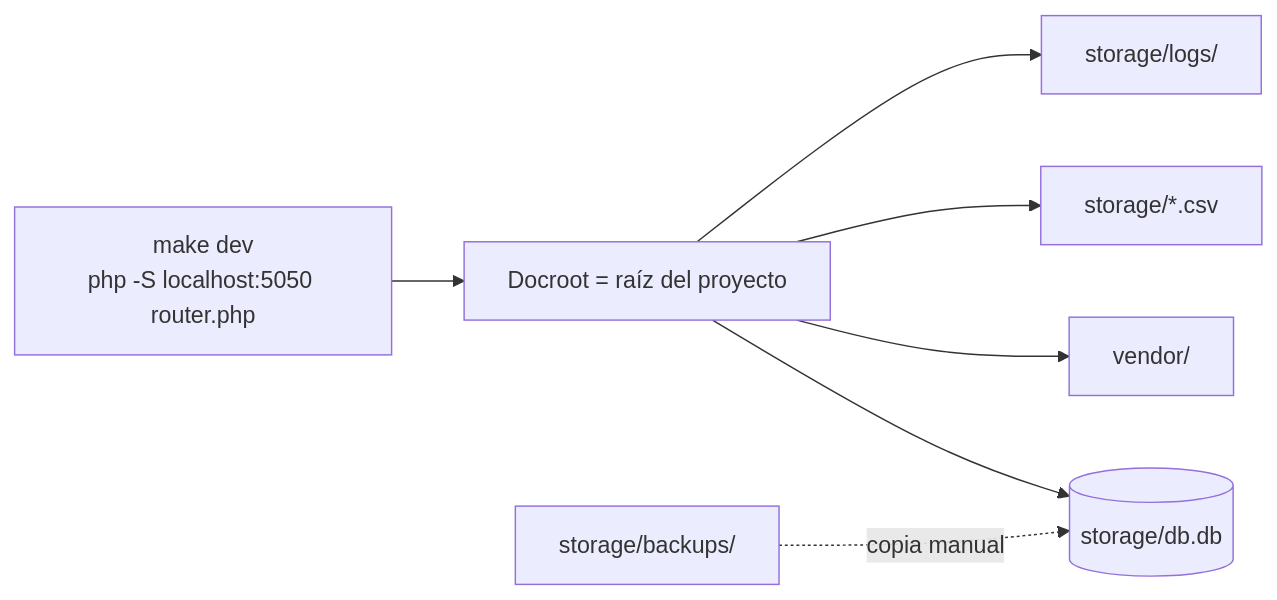
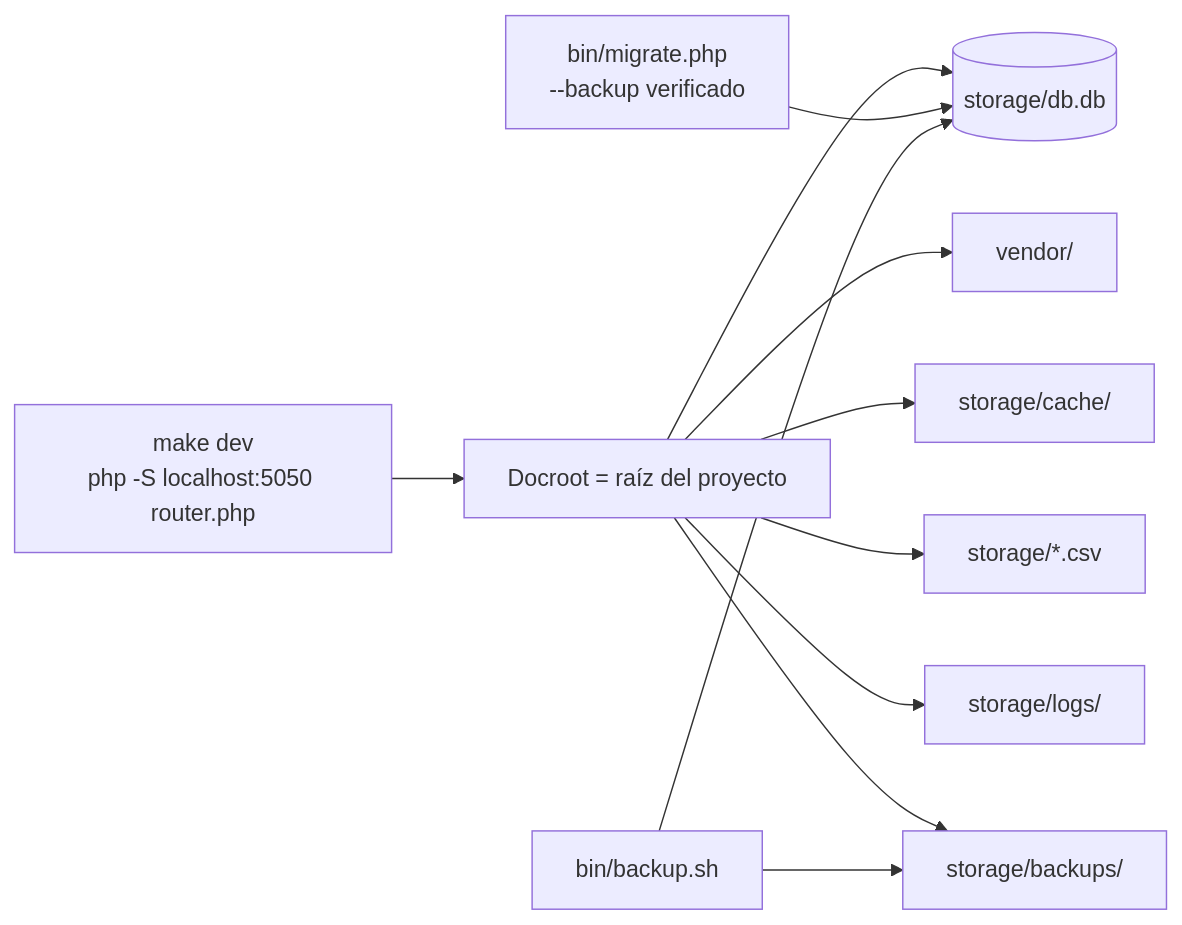
One commit to noemdb/systec changed the fifth of 5 diagrams in docs/ARCHITECTURE.md. Above: the diagram before and after it, drawn with Mermaid. The commit also changed other lines of this file and 38 other files, not shown here.

````diff
--- a/docs/ARCHITECTURE.md
+++ b/docs/ARCHITECTURE.md
@@ -241,9 +339,13 @@
 ```mermaid
 graph LR
     DEV[make dev<br/>php -S localhost:5050 router.php] --> APP[Docroot = raíz del proyecto]
     APP --> DB[(storage/db.db)]
     APP --> VENDOR[vendor/]
+    APP --> CACHE[storage/cache/]
     APP --> CSV[storage/*.csv]
     APP --> LOGS[storage/logs/]
-    BACKUP[storage/backups/] -.->|copia manual| DB
+    APP --> BAK[storage/backups/]
+    MIG[bin/migrate.php<br/>--backup verificado] --> DB
+    BACKUP[bin/backup.sh] --> DB
+    BACKUP --> BAK
 ```
````
